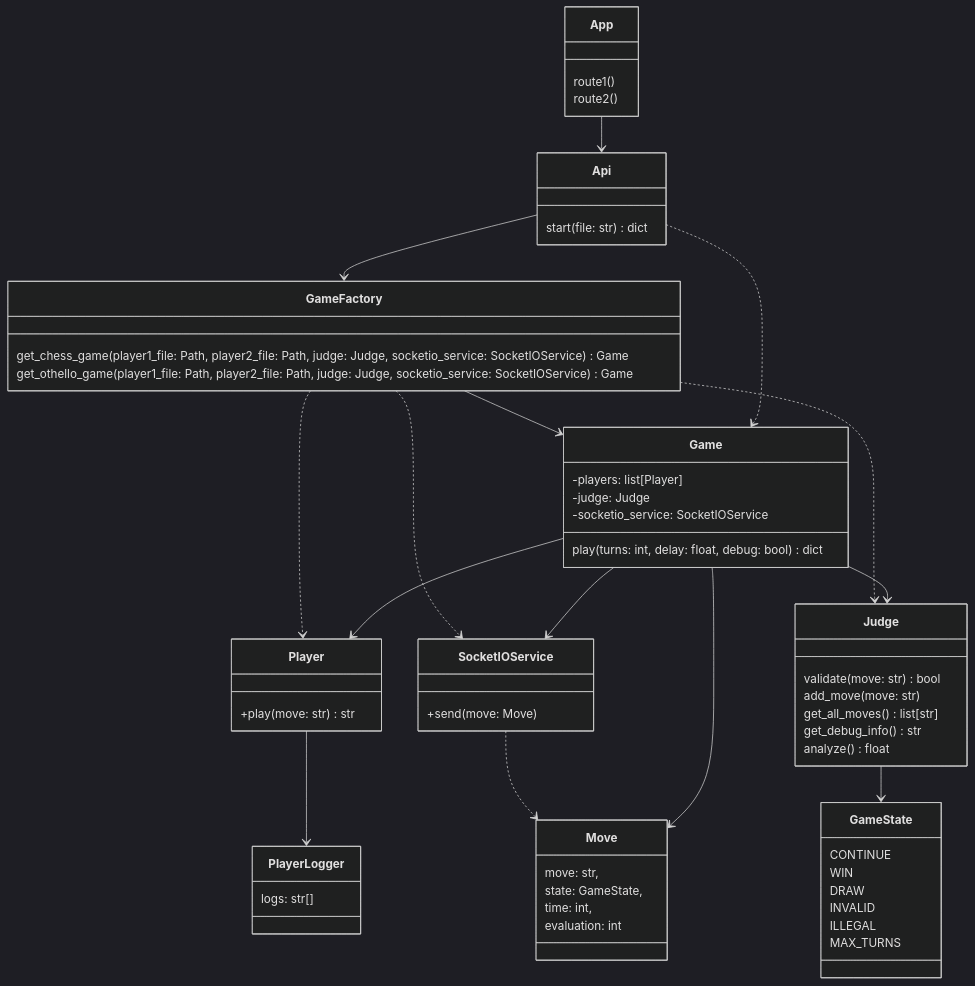
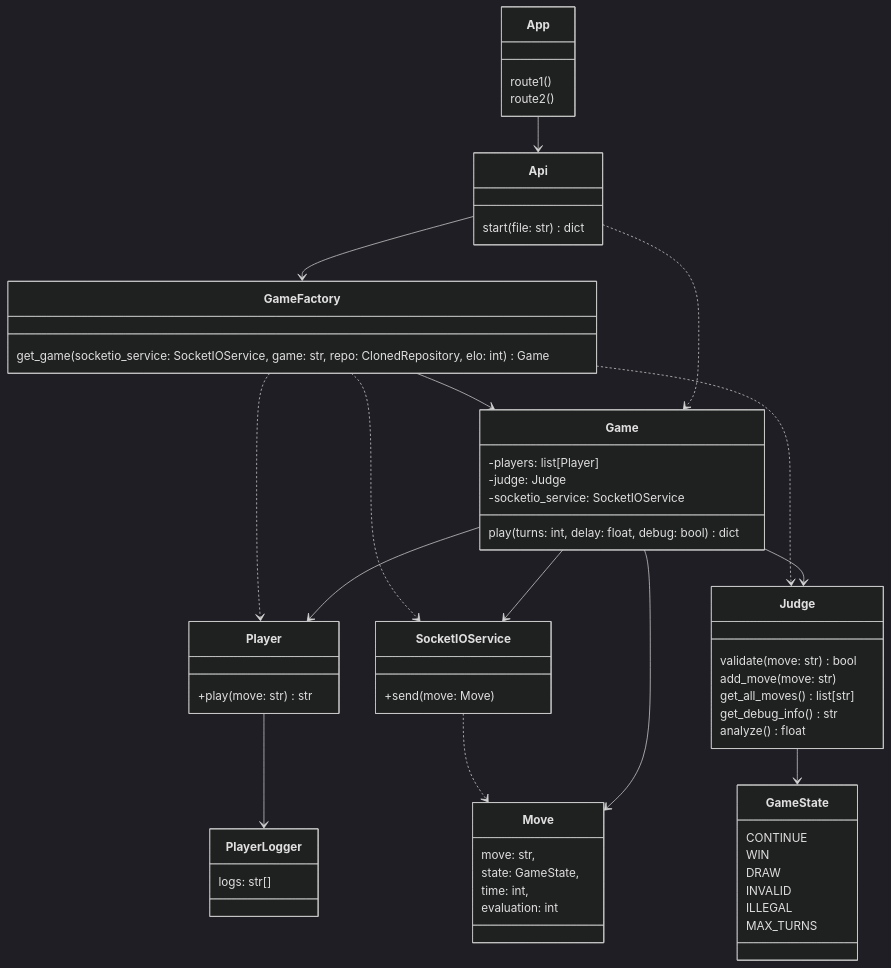
One commit to game-ai-platform-team/tira-ai-platform changed the third of 5 diagrams in docs/architecture.md. Above: the diagram before and after it, drawn with Mermaid (dark theme).

Commit message:
docs: Update architecture of GameFactory

````diff
--- a/docs/architecture.md
+++ b/docs/architecture.md
@@ -95,77 +95,76 @@
 ```mermaid
 classDiagram
 
 App --> Api
 Api ..> Game
 Api --> GameFactory
 Game --> Player
 Game --> Judge
 Game --> Move
 Game --> SocketIOService
 GameFactory --> Game
 GameFactory ..> Judge
 GameFactory ..> Player
 GameFactory ..> SocketIOService
 Judge --> GameState
 Player --> PlayerLogger
 
 SocketIOService ..> Move
 
 class GameFactory {
-    get_chess_game(player1_file: Path, player2_file: Path, judge: Judge, socketio_service: SocketIOService) Game
-    get_othello_game(player1_file: Path, player2_file: Path, judge: Judge, socketio_service: SocketIOService) Game
+    get_game(socketio_service: SocketIOService, game: str, repo: ClonedRepository, elo: int) Game
 }
 
 class Game {
     -players: list[Player]
     -judge: Judge
     -socketio_service: SocketIOService
 
     play(turns: int, delay: float, debug: bool) dict
 }
 
 class SocketIOService {
     +send(move: Move)
 }
 
 class Judge {
     validate(move: str) bool
     add_move(move: str)
     get_all_moves() list[str]
     get_debug_info() str
     analyze() float
 }
 
 class Player {
     +play(move: str) str
 }
 
 class GameState {
     CONTINUE
     WIN
     DRAW
     INVALID
     ILLEGAL
     MAX_TURNS
 }
 
 class PlayerLogger {
     logs: str[]
 }
 
 class Move {
     move: str,
     state: GameState,
     time: int,
     evaluation: int
 }
 
 class Api {
     start(file: str) dict
 }
 
 class App {
     route1()
     route2()
 }
 ```
````
